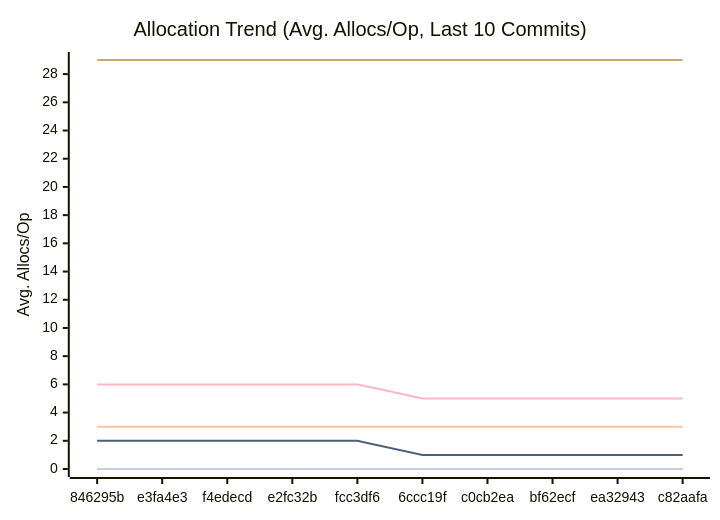
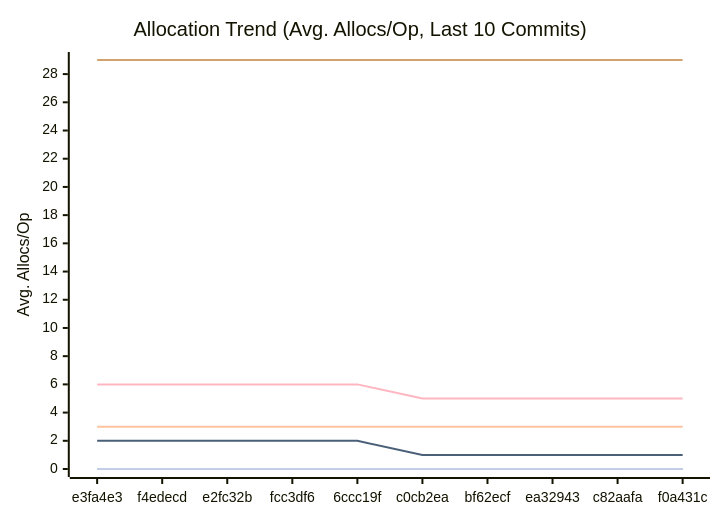
Before and after one commit to alsotoes/momo: the third of 3 diagrams in docs/PERFORMANCE.md, drawn with Mermaid. The commit also changed other lines of this file and 2 other files, not shown here.

````diff
--- a/docs/PERFORMANCE.md
+++ b/docs/PERFORMANCE.md
@@ -114,16 +114,16 @@
 ```mermaid
 xychart-beta
     title "Allocation Trend (Avg. Allocs/Op, Last 10 Commits)"
     x-axis "Commit"
     y-axis "Avg. Allocs/Op"
-    x-axis [846295b,e3fa4e3,f4edecd,e2fc32b,fcc3df6,6ccc19f,c0cb2ea,bf62ecf,ea32943,c82aafa]
+    x-axis [e3fa4e3,f4edecd,e2fc32b,fcc3df6,6ccc19f,c0cb2ea,bf62ecf,ea32943,c82aafa,f0a431c]
     line "CheckMetricsAndSwap" [0,0,0,0,0,0,0,0,0,0]
     line "CrushOptimized" [0,0,0,0,0,0,0,0,0,0]
     line "CrushOriginal" [3,3,3,3,3,3,3,3,3,3]
     line "IndexDirectTracking" [0,0,0,0,0,0,0,0,0,0]
     line "IndexSearch" [0,0,0,0,0,0,0,0,0,0]
     line "LoadGlobalConfig" [29,29,29,29,29,29,29,29,29,29]
     line "PadString" [0,0,0,0,0,0,0,0,0,0]
     line "ParseReplicationOrder_NoPrealloc" [6,6,6,6,6,5,5,5,5,5]
     line "ParseReplicationOrder_Prealloc" [2,2,2,2,2,1,1,1,1,1]
 ```
````
